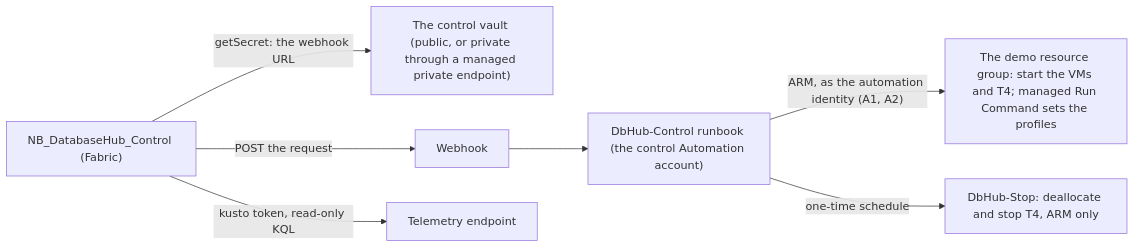
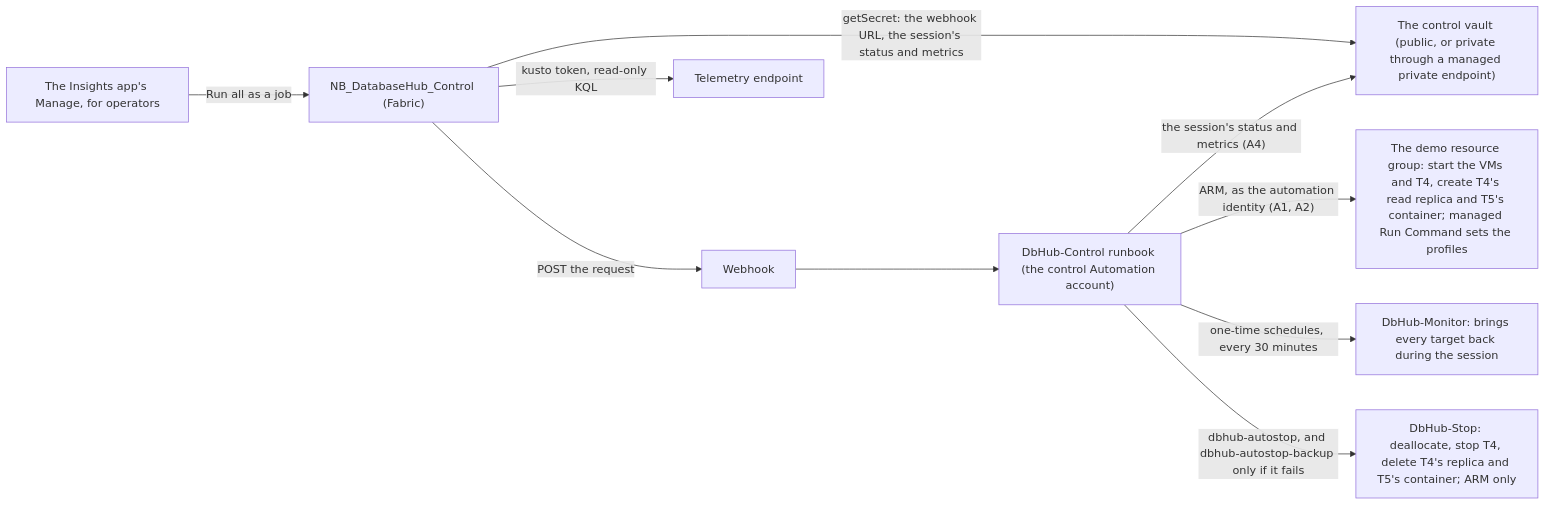
The fifth of 5 diagrams in docs/architecture.md (MarcBushong/fabric-database-hub-demo), drawn with Mermaid before and after one commit. The commit also changed other lines of this file and 3 other files, not shown here.

First line of the commit message:
docs: correctness pass for architecture, the automation matrix, references, and README follow-ups

````diff
--- a/docs/architecture.md
+++ b/docs/architecture.md
@@ -351,9 +411,12 @@
 ```mermaid
 flowchart LR
-  NB["NB_DatabaseHub_Control (Fabric)"] -->|"getSecret: the webhook URL"| KV["The control vault (public, or private through a managed private endpoint)"]
+  APP["The Insights app's Manage, for operators"] -->|"Run all as a job"| NB
+  NB["NB_DatabaseHub_Control (Fabric)"] -->|"getSecret: the webhook URL, the session's status and metrics"| KV["The control vault (public, or private through a managed private endpoint)"]
   NB -->|"POST the request"| WH["Webhook"]
   WH --> RB["DbHub-Control runbook (the control Automation account)"]
-  RB -->|"ARM, as the automation identity (A1, A2)"| DEMO["The demo resource group: start the VMs and T4; managed Run Command sets the profiles"]
-  RB -->|"one-time schedule"| STOP["DbHub-Stop: deallocate and stop T4, ARM only"]
+  RB -->|"ARM, as the automation identity (A1, A2)"| DEMO["The demo resource group: start the VMs and T4, create T4's read replica and T5's container; managed Run Command sets the profiles"]
+  RB -->|"the session's status and metrics (A4)"| KV
+  RB -->|"one-time schedules, every 30 minutes"| MON["DbHub-Monitor: brings every target back during the session"]
+  RB -->|"dbhub-autostop, and dbhub-autostop-backup only if it fails"| STOP["DbHub-Stop: deallocate, stop T4, delete T4's replica and T5's container; ARM only"]
   NB -->|"kusto token, read-only KQL"| TEL["Telemetry endpoint"]
 ```
````
